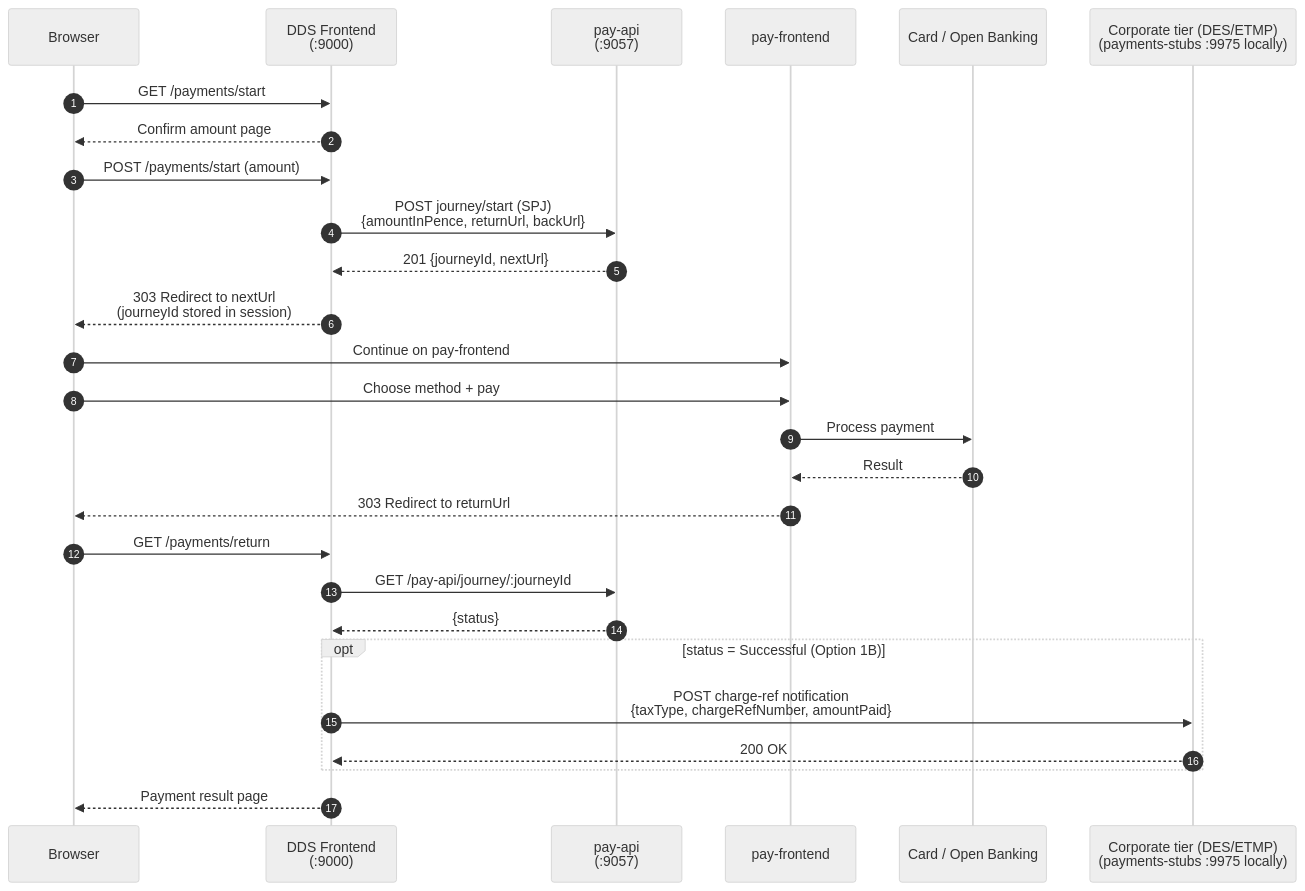
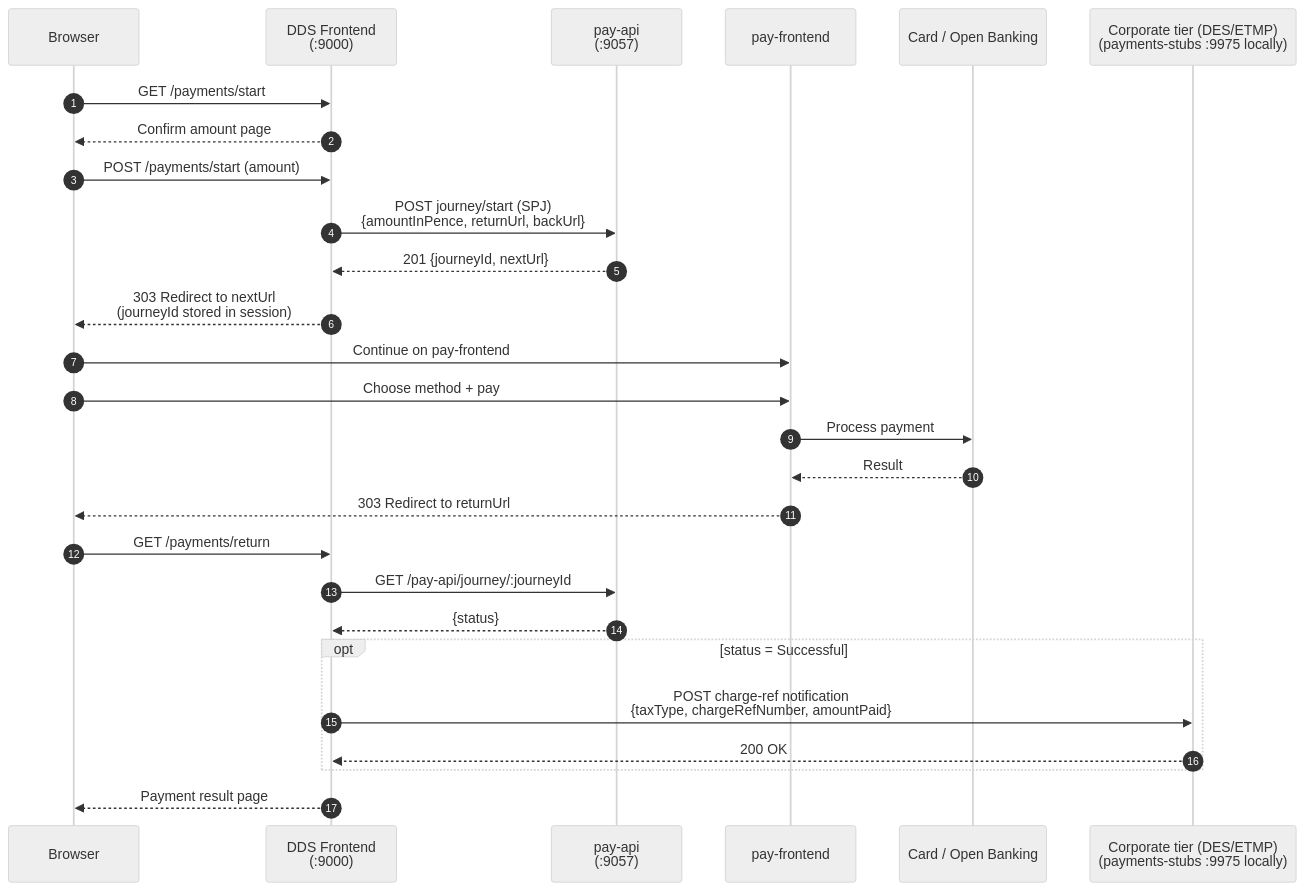
The fourth of 4 diagrams in README.md (hmrc/digital-disclosure-service-alpha-frontend), drawn with Mermaid (neutral theme) before and after one commit. The commit also changed other lines of this file and 6 other files, not shown here.

````diff
--- a/README.md
+++ b/README.md
@@ -320,32 +320,32 @@
 ```mermaid
 sequenceDiagram
     autonumber
     participant User as Browser
     participant DDS as DDS Frontend<br/>(:9000)
     participant PayApi as pay-api<br/>(:9057)
     participant PayFE as pay-frontend
     participant Bank as Card / Open Banking
     participant Corp as Corporate tier (DES/ETMP)<br/>(payments-stubs :9975 locally)
 
     User->>DDS: GET /payments/start
     DDS-->>User: Confirm amount page
     User->>DDS: POST /payments/start (amount)
     DDS->>PayApi: POST journey/start (SPJ)<br/>{amountInPence, returnUrl, backUrl}
     PayApi-->>DDS: 201 {journeyId, nextUrl}
     DDS-->>User: 303 Redirect to nextUrl<br/>(journeyId stored in session)
 
     User->>PayFE: Continue on pay-frontend
     User->>PayFE: Choose method + pay
     PayFE->>Bank: Process payment
     Bank-->>PayFE: Result
     PayFE-->>User: 303 Redirect to returnUrl
 
     User->>DDS: GET /payments/return
     DDS->>PayApi: GET /pay-api/journey/:journeyId
     PayApi-->>DDS: {status}
-    opt status = Successful (Option 1B)
+    opt status = Successful
         DDS->>Corp: POST charge-ref notification<br/>{taxType, chargeRefNumber, amountPaid}
         Corp-->>DDS: 200 OK
     end
     DDS-->>User: Payment result page
 ```
````
